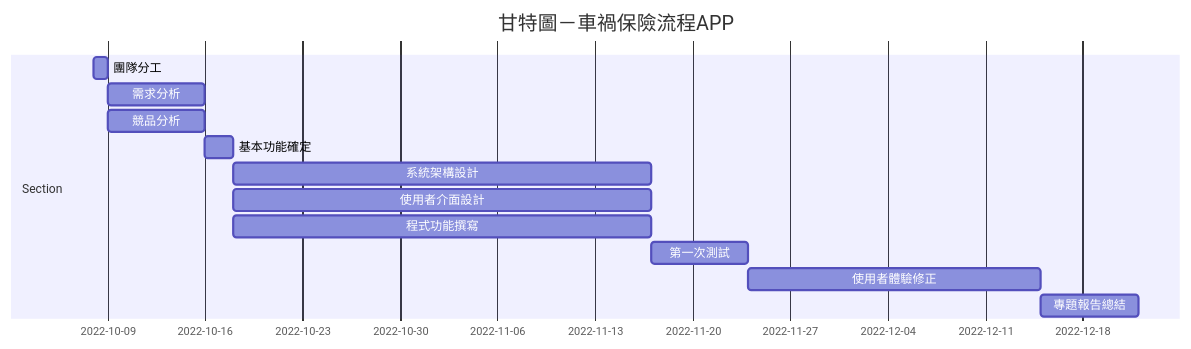
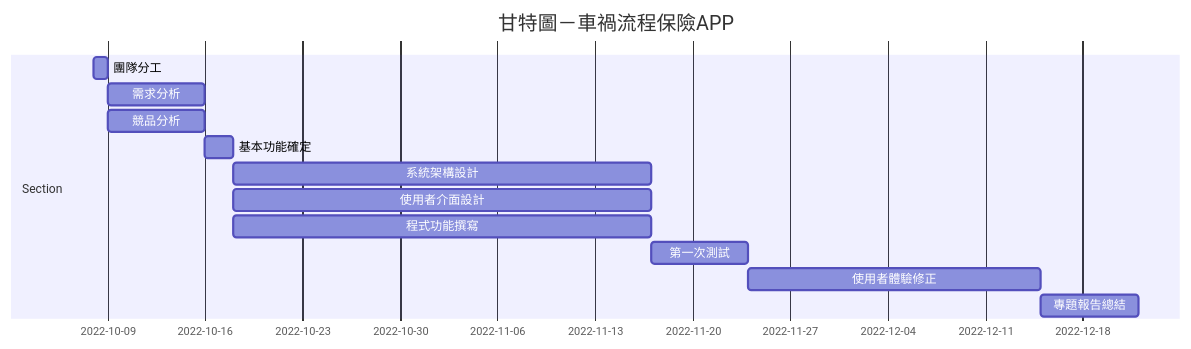
The diagram in README.md (C109118206/-10-), drawn with Mermaid before and after one commit.

````diff
--- a/README.md
+++ b/README.md
@@ -27,18 +27,18 @@
 ```mermaid
 gantt
-    title 甘特圖－車禍保險流程APP
+    title 甘特圖－車禍流程保險APP
 
     section Section
     團隊分工           :a1, 2022-10-08, 1d
     需求分析     :a2,after a1  , 7d
     競品分析     :a3,after a1  , 7d
     基本功能確定 :a4, after a3,2d
     系統架構設計:after a4,30d
     使用者介面設計:after a4,30d
     程式功能撰寫:after a4,30d
     第一次測試: 7d
     使用者體驗修正:21d
     專題報告總結:7d
     
 
 ```
````
